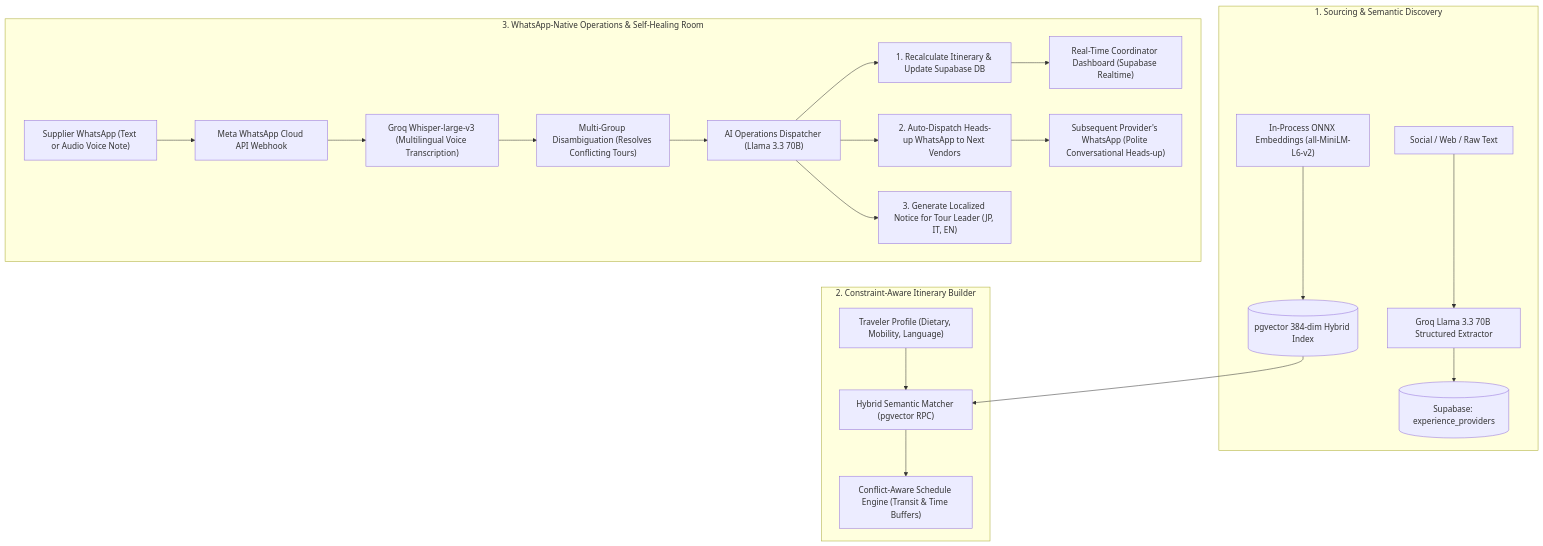
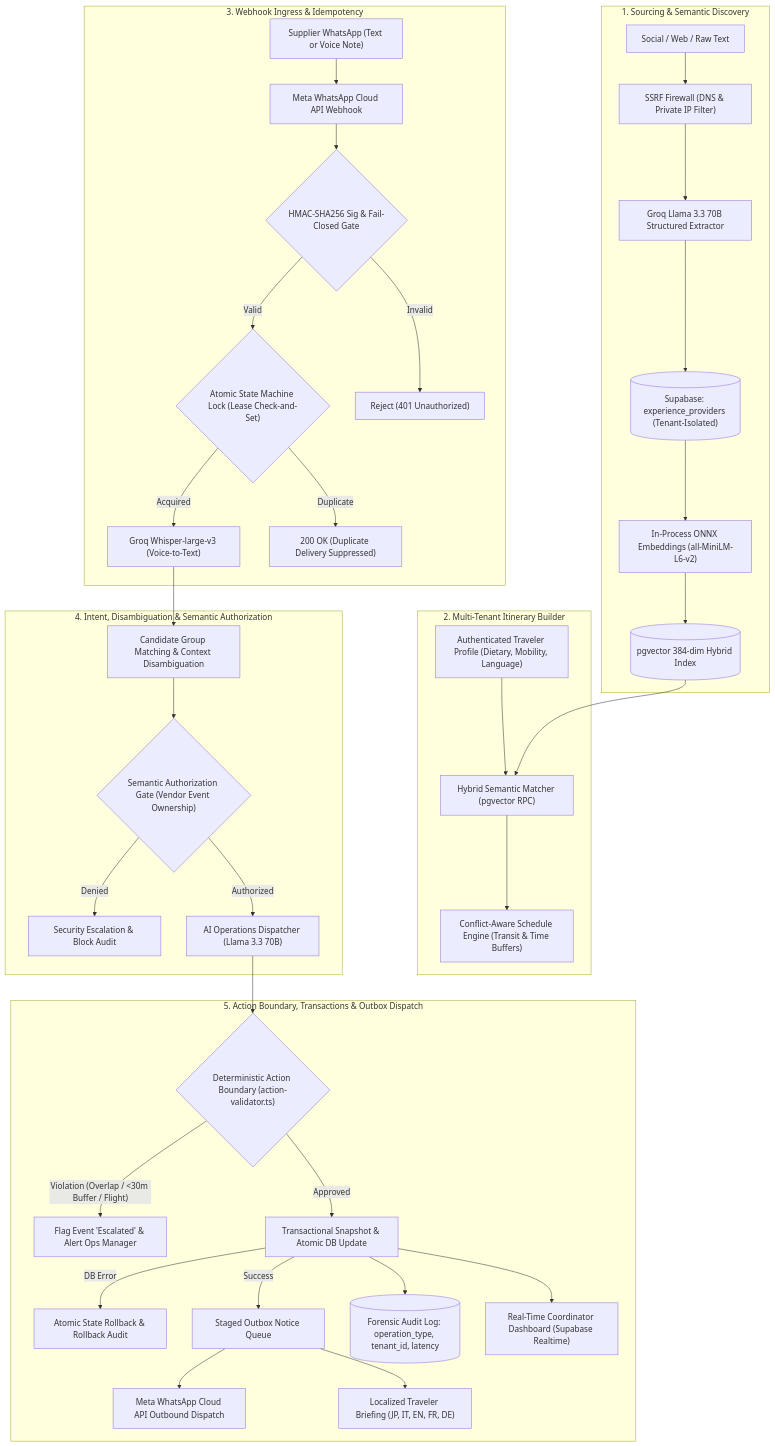
Before and after one commit to MohammedNeana/Agentic-Travel-Operations: the diagram in README.md, drawn with Mermaid.

Commit message:
docs: update Architectural Workflow & Data Flow diagram with security, idempotency, and action boundary stages

````diff
--- a/README.md
+++ b/README.md
@@ -31,28 +31,48 @@
 ```mermaid
 flowchart TD
     subgraph Sourcing ["1. Sourcing & Semantic Discovery"]
-        Web[Social / Web / Raw Text] --> Extractor["Groq Llama 3.3 70B Structured Extractor"]
-        Extractor --> DB_Providers[("Supabase: experience_providers")]
-        Emb["In-Process ONNX Embeddings (all-MiniLM-L6-v2)"] --> DB_Vector[("pgvector 384-dim Hybrid Index")]
+        Web["Social / Web / Raw Text"] --> SSRF["SSRF Firewall (DNS & Private IP Filter)"]
+        SSRF --> Extractor["Groq Llama 3.3 70B Structured Extractor"]
+        Extractor --> DB_Providers[("Supabase: experience_providers (Tenant-Isolated)")]
+        DB_Providers --> Emb["In-Process ONNX Embeddings (all-MiniLM-L6-v2)"]
+        Emb --> DB_Vector[("pgvector 384-dim Hybrid Index")]
     end
 
-    subgraph Builder ["2. Constraint-Aware Itinerary Builder"]
-        Traveler["Traveler Profile (Dietary, Mobility, Language)"] --> Matcher["Hybrid Semantic Matcher (pgvector RPC)"]
+    subgraph Builder ["2. Multi-Tenant Itinerary Builder"]
+        Traveler["Authenticated Traveler Profile (Dietary, Mobility, Language)"] --> Matcher["Hybrid Semantic Matcher (pgvector RPC)"]
         DB_Vector --> Matcher
         Matcher --> Schedule["Conflict-Aware Schedule Engine (Transit & Time Buffers)"]
     end
 
-    subgraph LiveOps ["3. WhatsApp-Native Operations & Self-Healing Room"]
-        VendorMsg["Supplier WhatsApp (Text or Audio Voice Note)"] --> WAHook["Meta WhatsApp Cloud API Webhook"]
-        WAHook --> Whisper["Groq Whisper-large-v3 (Multilingual Voice Transcription)"]
-        Whisper --> Disambig["Multi-Group Disambiguation (Resolves Conflicting Tours)"]
-        Disambig --> Orchestrator["AI Operations Dispatcher (Llama 3.3 70B)"]
+    subgraph Ingress ["3. Webhook Ingress & Idempotency"]
+        VendorMsg["Supplier WhatsApp (Text or Voice Note)"] --> WAHook["Meta WhatsApp Cloud API Webhook"]
+        WAHook --> SecVerify{"HMAC-SHA256 Sig & Fail-Closed Gate"}
+        SecVerify -- "Valid" --> Idemp{"Atomic State Machine Lock (Lease Check-and-Set)"}
+        SecVerify -- "Invalid" --> DropMsg["Reject (401 Unauthorized)"]
+        Idemp -- "Acquired" --> Whisper["Groq Whisper-large-v3 (Voice-to-Text)"]
+        Idemp -- "Duplicate" --> AckDuplicate["200 OK (Duplicate Delivery Suppressed)"]
+    end
+
+    subgraph Reasoning ["4. Intent, Disambiguation & Semantic Authorization"]
+        Whisper --> Disambig["Candidate Group Matching & Context Disambiguation"]
+        Disambig --> SemAuth{"Semantic Authorization Gate (Vendor Event Ownership)"}
+        SemAuth -- "Denied" --> SecEscalate["Security Escalation & Block Audit"]
+        SemAuth -- "Authorized" --> Orchestrator["AI Operations Dispatcher (Llama 3.3 70B)"]
+    end
+
+    subgraph Governance ["5. Action Boundary, Transactions & Outbox Dispatch"]
+        Orchestrator --> ActionBoundary{"Deterministic Action Boundary (action-validator.ts)"}
         
-        Orchestrator --> Shift["1. Recalculate Itinerary & Update Supabase DB"]
-        Orchestrator --> Downstream["2. Auto-Dispatch Heads-up WhatsApp to Next Vendors"]
-        Orchestrator --> Multilingual["3. Generate Localized Notice for Tour Leader (JP, IT, EN)"]
+        ActionBoundary -- "Violation (Overlap / <30m Buffer / Flight)" --> Escalate["Flag Event 'Escalated' & Alert Ops Manager"]
         
-        Shift --> UI["Real-Time Coordinator Dashboard (Supabase Realtime)"]
-        Downstream --> NextVendor["Subsequent Provider's WhatsApp (Polite Conversational Heads-up)"]
+        ActionBoundary -- "Approved" --> TxSnapshot["Transactional Snapshot & Atomic DB Update"]
+        TxSnapshot -- "DB Error" --> Rollback["Atomic State Rollback & Rollback Audit"]
+        
+        TxSnapshot -- "Success" --> Outbox["Staged Outbox Notice Queue"]
+        Outbox --> DispatchWA["Meta WhatsApp Cloud API Outbound Dispatch"]
+        Outbox --> TourLeader["Localized Traveler Briefing (JP, IT, EN, FR, DE)"]
+        
+        TxSnapshot --> Audit[("Forensic Audit Log: operation_type, tenant_id, latency")]
+        TxSnapshot --> UI["Real-Time Coordinator Dashboard (Supabase Realtime)"]
     end
 ```
````
